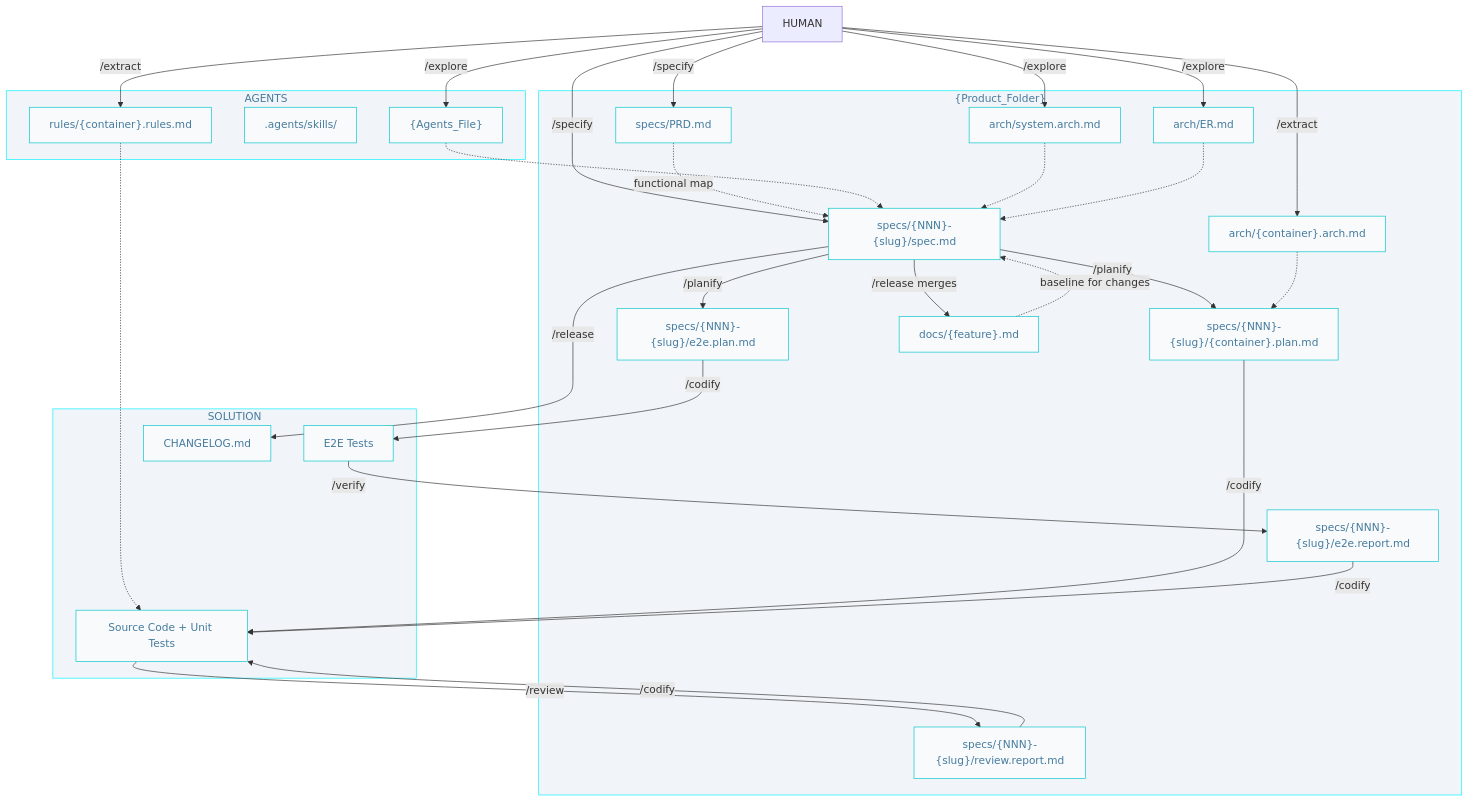
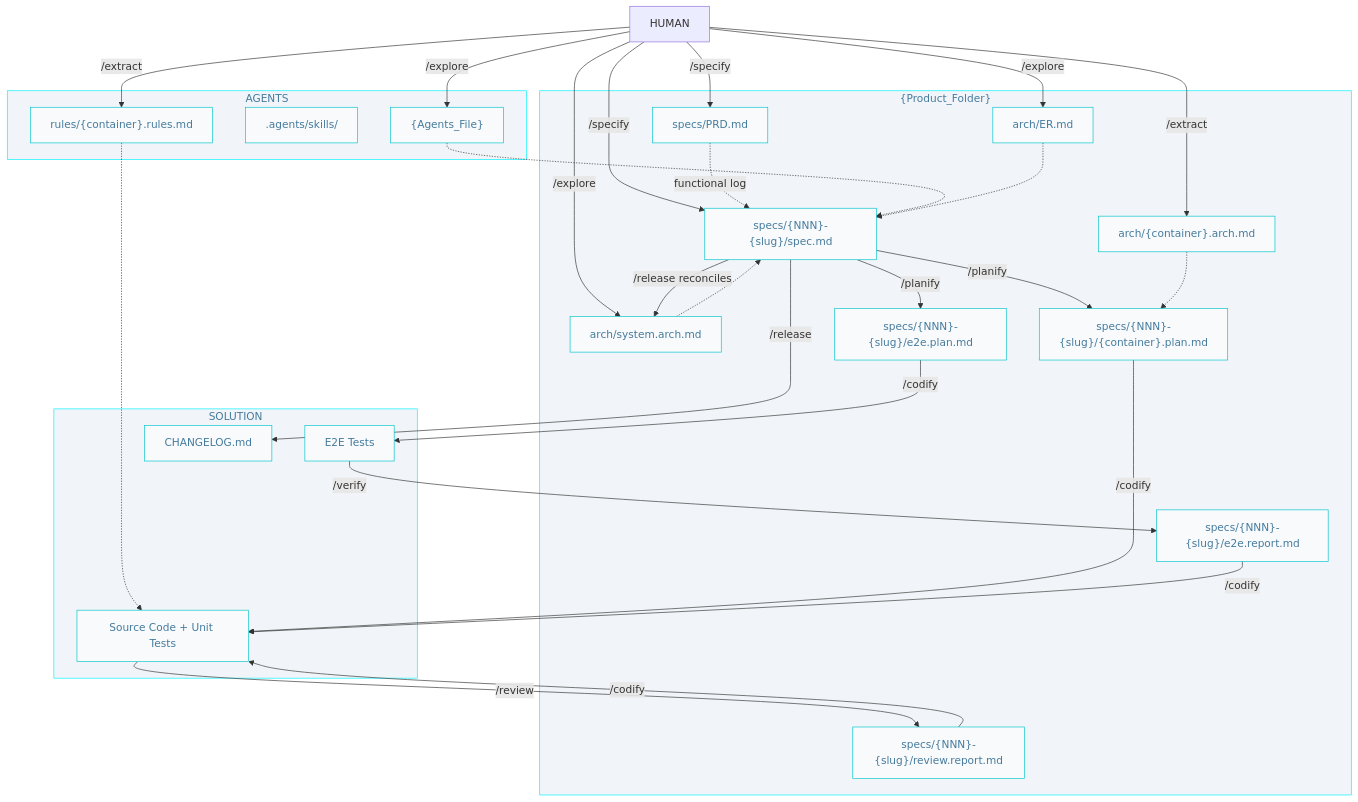
Before and after one commit to AIDDbot/AIDDbot: the diagram in docs/AIDD.workflow.md, drawn with Mermaid. The commit also changed other lines of this file and 16 other files, not shown here.

````diff
--- a/docs/AIDD.workflow.md
+++ b/docs/AIDD.workflow.md
@@ -3,60 +3,58 @@
 ```mermaid
 flowchart TD
   classDef nd fill:#f8fafc,stroke:#00c4cc,color:#457b9d
   classDef sg fill:#f1f5f9,stroke:#00f2ff,color:#457b9d 
 
   HUM[HUMAN]
 
   subgraph A["AGENTS"]
       AGT["{Agents_File}"]:::nd
       SKL[".agents/skills/"]:::nd
       RUL["rules/{container}.rules.md"]:::nd
   end  
 
   subgraph P["{Product_Folder}"]
       ARC["arch/system.arch.md"]:::nd
       ERD["arch/ER.md"]:::nd
       CAR["arch/{container}.arch.md"]:::nd
       PRD["specs/PRD.md"]:::nd
       SPC["specs/{NNN}-{slug}/spec.md"]:::nd
       PLN["specs/{NNN}-{slug}/{container}.plan.md"]:::nd
       EPL["specs/{NNN}-{slug}/e2e.plan.md"]:::nd
       RPT["specs/{NNN}-{slug}/e2e.report.md"]:::nd
       RVR["specs/{NNN}-{slug}/review.report.md"]:::nd
-      DOC["docs/{feature}.md"]:::nd
   end
 
   subgraph S["SOLUTION"]
       COD["Source Code + Unit Tests"]:::nd
       E2E["E2E Tests"]:::nd
       CHL["CHANGELOG.md"]:::nd
   end
 
   HUM -->|/explore| AGT
   HUM -->|/explore| ARC
   HUM -->|/explore| ERD
   HUM -->|/extract| CAR
   HUM -->|/extract| RUL
   HUM -->|/specify| SPC
   HUM -->|/specify| PRD
-  PRD -.functional map.-> SPC
+  PRD -.functional log.-> SPC
   AGT -.-> SPC
   ARC -.-> SPC
   ERD -.-> SPC
   SPC -->|/planify| PLN
   SPC -->|/planify| EPL
   CAR -.-> PLN
 
   PLN -->|/codify| COD
   RUL -.-> COD
   EPL -->|/codify| E2E
   E2E -->|/verify| RPT
   RPT -->|/codify| COD
   COD -->|/review| RVR
   RVR -->|/codify| COD
   SPC -->|/release| CHL
-  SPC -->|/release merges| DOC
-  DOC -.baseline for changes.-> SPC
+  SPC -->|/release reconciles| ARC
 
   class P,A,S sg
 ```
````
